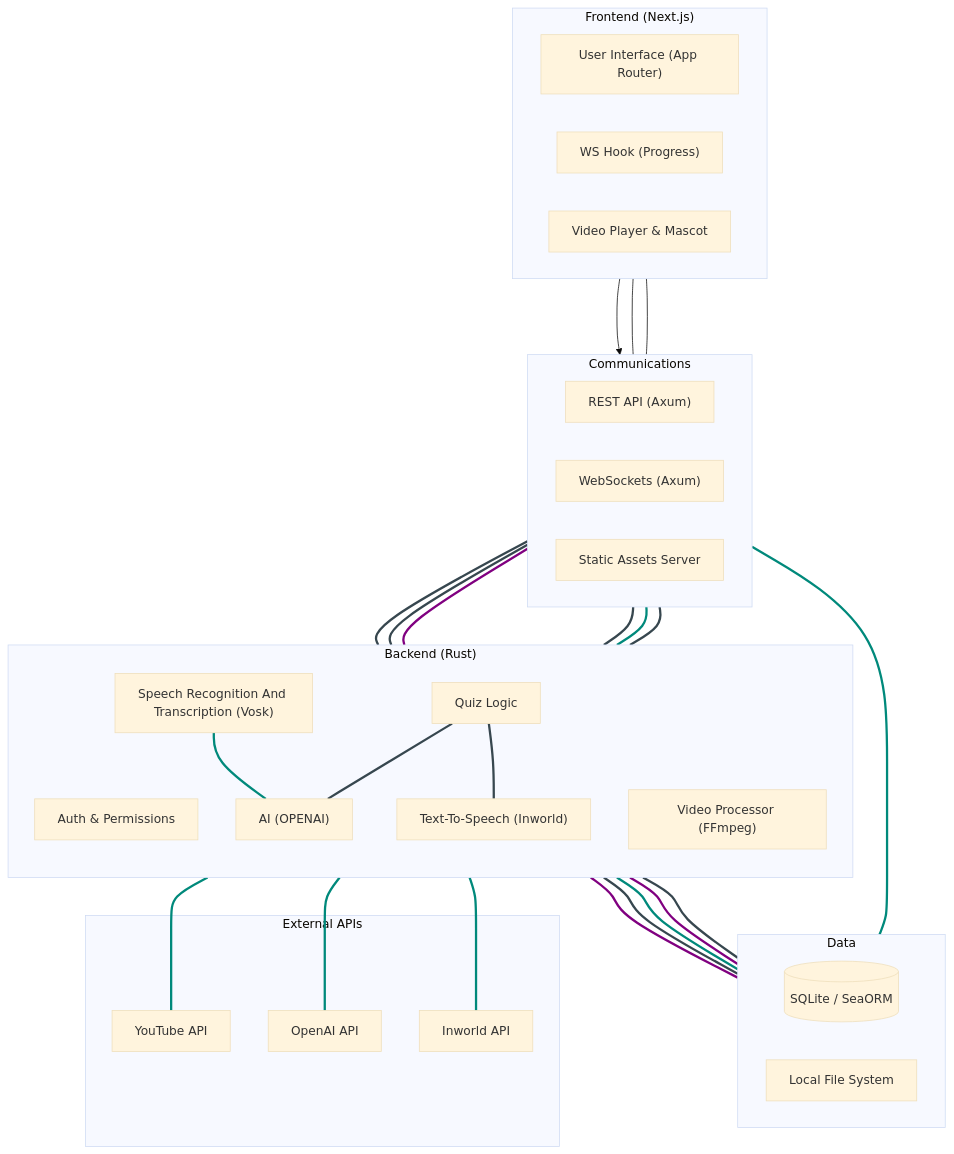
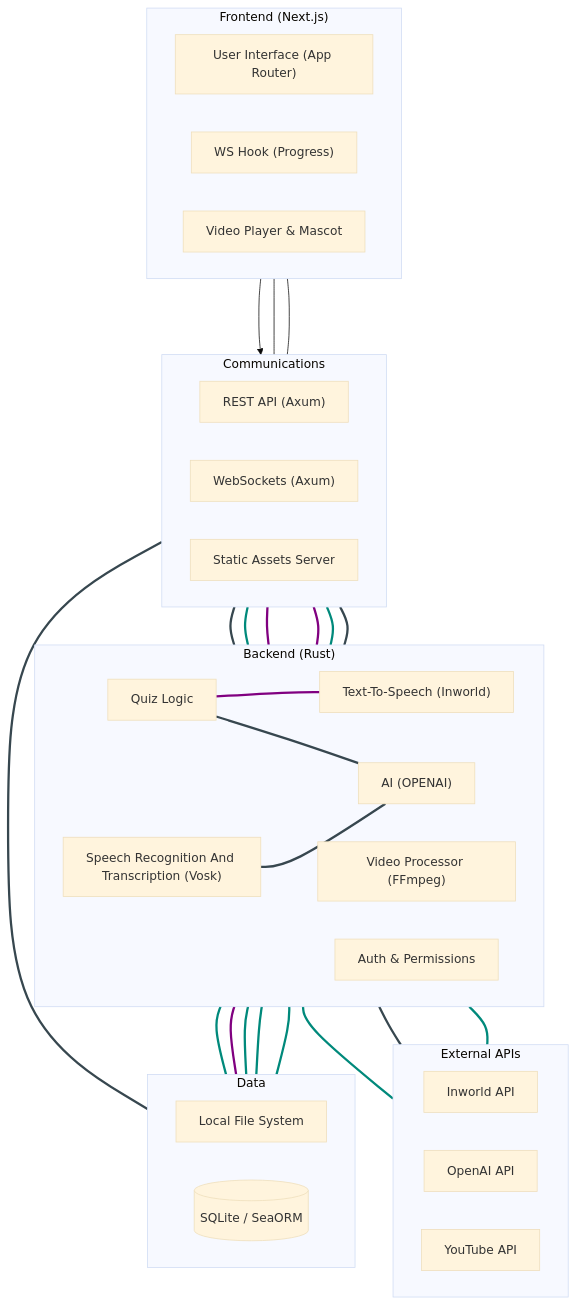
One commit to Capstone-Projects-2026-spring/piggyback-learning-2 changed the diagram in documentation/docs/requirements/system-block-diagram.md. Above: the diagram before and after it, drawn with Mermaid (base theme).

Commit message:
Refactor system block diagram structure and styles
Reorganized backend components and updated connections in the system block diagram. Adjusted color coding and line styling for better clarity.

````diff
--- a/documentation/docs/requirements/system-block-diagram.md
+++ b/documentation/docs/requirements/system-block-diagram.md
@@ -13,6 +13,7 @@
         WSH["WS Hook (Progress)"]
         AV["Video Player & Mascot"]
     end
+
     subgraph Comm ["Communications"]
         direction LR
         API["REST API (Axum)"]
@@ -21,72 +22,76 @@
     end
 
     subgraph Backend ["Backend (Rust)"]
-        direction TB
-        Auth["Auth & Permissions"]
-        Video_P["Video Processor (FFmpeg)"]
+        direction LR
+        TTS["Text-To-Speech (Inworld)"]
+        Quiz["Quiz Logic"]
         AI["AI (OPENAI)"]
         Vosk["Speech Recognition And Transcription (Vosk)"]
-        TTS["Text-To-Speech (Inworld)"]
-        Quiz["Quiz Logic"]
+        Video_P["Video Processor (FFmpeg)"]
+        Auth["Auth & Permissions"]
+    end
+
+    subgraph External ["External APIs"]
+        direction LR
+        INWORLD_API["Inworld API"]
+        OPENAI_API["OpenAI API"]
+        YT["YouTube API"]
     end
 
     subgraph Storage ["Data"]
         direction LR
+        FS["Local File System"]
         DB[(SQLite / SeaORM)]
-        FS["Local File System"]
     end
 
-    subgraph External ["External APIs"]
-        YT["YouTube API"]
-        OPENAI_API["OpenAI API"]
-        INWORLD_API["Inworld API"]
-    end
-
+    %% Frontend to Communications
     UI --> API
     WSH --- WSS
     AV <--- Assets
 
+    %% Communications to Backend Hubs
     API --- Auth
     API --- AI
     API --- Video_P
     API --- Vosk
     WSS --- Video_P
 
+    %% Internal Backend Logic
+    Quiz --- AI
+    Vosk --- AI
+    Quiz --- TTS
+    API --- TTS
+
+    %% Backend to External APIs
+    TTS --- INWORLD_API
+    AI --- OPENAI_API
+    Video_P --- YT
+
+    %% Backend to Data
     Auth --- DB
+    AI --- DB
     Video_P --- FS
-    AI --- DB
     AI --- FS
     Vosk --- FS
     Assets --- FS
 
-    Video_P --- YT
-    AI --- OPENAI_API
-
-    Quiz --- AI
-    Vosk --- AI
-
-    %% New Connections for TTS
-    API --- TTS
-    TTS --- INWORLD_API
-    Quiz --- TTS
-
+    %% Color Coding and Line Styling
     linkStyle 3 stroke:#37474f,stroke-width:3px;
-    linkStyle 4 stroke:#37474f,stroke-width:3px;
+    linkStyle 4 stroke:#00897b,stroke-width:3px;
     linkStyle 5 stroke:#800080,stroke-width:3px;
-    linkStyle 6 stroke:#37474f,stroke-width:3px;
+    linkStyle 6 stroke:#800080,stroke-width:3px;
     linkStyle 7 stroke:#00897b,stroke-width:3px;
-    linkStyle 8 stroke:#800080,stroke-width:3px;
+    linkStyle 8 stroke:#37474f,stroke-width:3px;
     linkStyle 9 stroke:#37474f,stroke-width:3px;
-    linkStyle 10 stroke:#00897b,stroke-width:3px;
-    linkStyle 11 stroke:#800080,stroke-width:3px;
-    linkStyle 12 stroke:#37474f,stroke-width:3px;
-    linkStyle 13 stroke:#00897b,stroke-width:3px;
-    linkStyle 14 stroke:#00897b,stroke-width:3px; 
+    linkStyle 10 stroke:#800080,stroke-width:3px;
+    linkStyle 11 stroke:#37474f,stroke-width:3px;
+    linkStyle 12 stroke:#00897b,stroke-width:3px;
+    linkStyle 13 stroke:#37474f,stroke-width:3px; 
+    linkStyle 14 stroke:#00897b,stroke-width:3px;
     linkStyle 15 stroke:#00897b,stroke-width:3px;
-    linkStyle 16 stroke:#37474f,stroke-width:3px;
+    linkStyle 16 stroke:#800080,stroke-width:3px;
     linkStyle 17 stroke:#00897b,stroke-width:3px;
-    %% Styling for new Inworld connections
-    linkStyle 18 stroke:#37474f,stroke-width:3px;
+    linkStyle 18 stroke:#00897b,stroke-width:3px;
     linkStyle 19 stroke:#00897b,stroke-width:3px;
     linkStyle 20 stroke:#37474f,stroke-width:3px;
 ```
````
